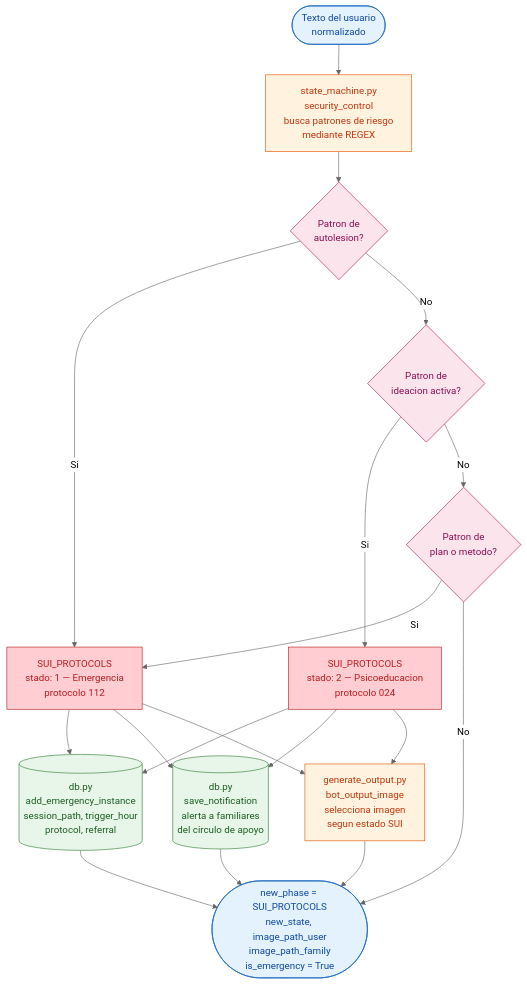
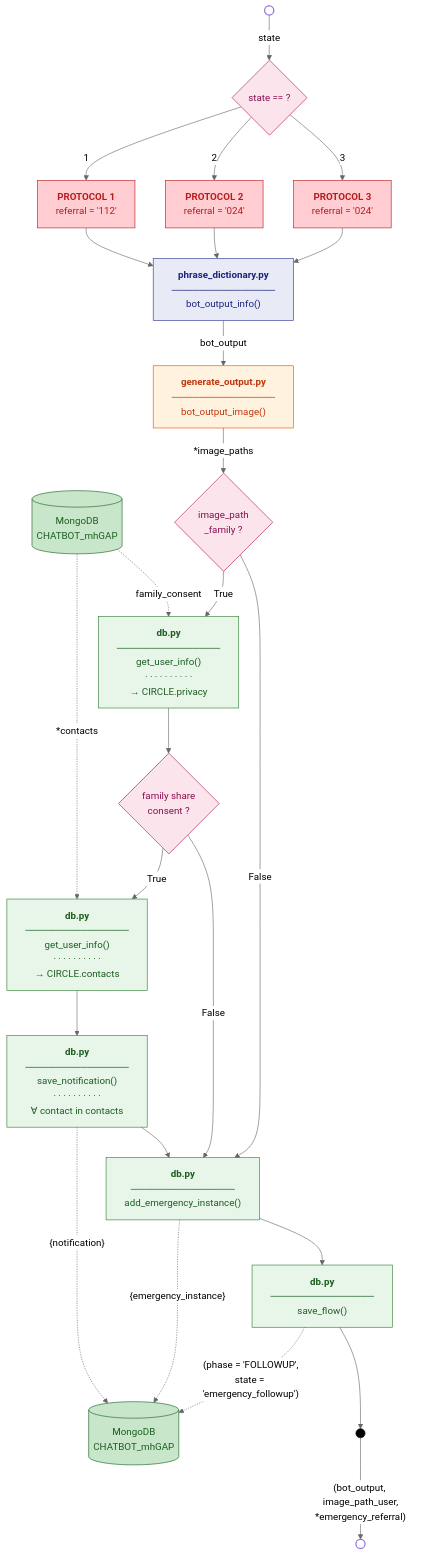
Before and after one commit to JordiiQueralto/AURORA_mhGAP-IG_v2.0: the seventh of 8 diagrams in diagrams/Z2_Backend_flow_diagram.md, drawn with Mermaid (neutral theme). The commit also changed other lines of this file and 2 other files, not shown here.

Commit message:
protocols diagrams

````diff
--- a/diagrams/Z2_Backend_flow_diagram.md
+++ b/diagrams/Z2_Backend_flow_diagram.md
@@ -418,37 +418,67 @@
 ```mermaid
 flowchart TD
-    IN(["Texto del usuario\nnormalizado"]):::entry
 
-    SEC["state_machine.py\nsecurity_control\nbusca patrones de riesgo\nmediante REGEX"]:::module
+    START(( )):::circle
+    FINISH(( )):::circle
+    MONGO[("MongoDB<br/>CHATBOT_mhGAP")]:::db
+    MONGO2[("MongoDB<br/>CHATBOT_mhGAP")]:::db
 
-    D_R1{Patron de\nautolesion?}:::decision
-    D_R2{Patron de\nideacion activa?}:::decision
-    D_R3{Patron de\nplan o metodo?}:::decision
+    SWITCH{state == ?}:::decision
 
-    SUI1["SUI_PROTOCOLS\nstado: 1 — Emergencia\nprotocolo 112"]:::emergency
-    SUI2["SUI_PROTOCOLS\nstado: 2 — Psicoeducacion\nprotocolo 024"]:::emergency
+    S1["<b>PROTOCOL 1</b><br/>referral = '112'"]:::emergency
+    S2["<b>PROTOCOL 2</b><br/>referral = '024'"]:::emergency
+    S3["<b>PROTOCOL 3</b><br/>referral = '024'"]:::emergency
 
-    DB_E[("db.py\nadd_emergency_instance\nsession_path, trigger_hour\nprotocol, referral")]:::db
-    DB_N[("db.py\nsave_notification\nalerta a familiares\ndel circulo de apoyo")]:::db
+    PD["<b>phrase_dictionary.py</b><br/>───────────────<br/>bot_output_info()"]:::phrase
 
-    IMG["generate_output.py\nbot_output_image\nselecciona imagen\nsegun estado SUI"]:::module
+    IMG["<b>generate_output.py</b><br/>───────────────<br/>bot_output_image()"]:::module
 
-    OUT(["new_phase = SUI_PROTOCOLS\nnew_state, image_path_user\nimage_path_family\nis_emergency = True"]):::entry
+    D_IMG{image_path<br/>_family ?}:::decision
 
-    IN --> SEC
-    SEC --> D_R1
-    D_R1 -->|Si| SUI1
-    D_R1 -->|No| D_R2
-    D_R2 -->|Si| SUI2
-    D_R2 -->|No| D_R3
-    D_R3 -->|Si| SUI1
-    D_R3 -->|No| OUT
+    CONSENT["<b>db.py</b><br/>───────────────<br/>get_user_info()<br/>· · · · · · · · · ·<br/>→ CIRCLE.privacy"]:::dbmod
 
-    SUI1 & SUI2 --> DB_E & DB_N & IMG --> OUT
+    D_CONS{family share<br/>consent ?}:::decision
 
-    classDef entry    fill:#e3f2fd,stroke:#1565c0,color:#0d47a1
-    classDef module   fill:#fff3e0,stroke:#e65100,color:#bf360c
-    classDef decision fill:#fce4ec,stroke:#ad1457,color:#880e4f
-    classDef db       fill:#e8f5e9,stroke:#2e7d32,color:#1b5e20
+    CONTACTS["<b>db.py</b><br/>───────────────<br/>get_user_info()<br/>· · · · · · · · · ·<br/>→ CIRCLE.contacts"]:::dbmod
+
+    NOTIF["<b>db.py</b><br/>───────────────<br/>save_notification()<br/>· · · · · · · · · ·<br/>∀ contact in contacts"]:::dbmod
+
+    EMG["<b>db.py</b><br/>───────────────<br/>add_emergency_instance()"]:::dbmod
+
+    FLOW["<b>db.py</b><br/>───────────────<br/>save_flow()"]:::dbmod
+
+    BOTTOM(( )):::junction
+
+    START -->|"state"| SWITCH
+    SWITCH -->|"3"| S3
+    SWITCH -->|"2"| S2
+    SWITCH -->|"1"| S1
+
+    S1 & S2 & S3 --> PD
+    PD -->|"bot_output"| IMG
+    IMG -->|"*image_paths"| D_IMG
+
+    D_IMG -->|False| EMG
+    D_IMG -->|True| CONSENT --> D_CONS
+    D_CONS -->|False| EMG
+    D_CONS -->|True| CONTACTS --> NOTIF --> EMG
+
+    EMG --> FLOW --> BOTTOM
+
+    MONGO2 -.->|"family_consent"| CONSENT
+    MONGO2 -.->|"*contacts"| CONTACTS
+    NOTIF -.->|"{notification}"| MONGO
+    EMG -.->|"{emergency_instance}"| MONGO
+    FLOW -.->|"(phase = 'FOLLOWUP',<br/>state = 'emergency_followup')"| MONGO
+
+    BOTTOM -->|"(bot_output, image_path_user,<br/>*emergency_referral)"| FINISH
+
+    classDef circle    fill:#ffffff,stroke:#9370db,stroke-width:2px,color:#ffffff
+    classDef junction  fill:#000000,stroke:#000000,color:#000000
+    classDef module    fill:#fff3e0,stroke:#e65100,color:#bf360c
+    classDef decision  fill:#fce4ec,stroke:#ad1457,color:#880e4f
+    classDef dbmod     fill:#e8f5e9,stroke:#2e7d32,color:#1b5e20
+    classDef db        fill:#c8e6c9,stroke:#1b5e20,color:#1b5e20
+    classDef phrase    fill:#e8eaf6,stroke:#283593,color:#1a237e
     classDef emergency fill:#ffcdd2,stroke:#b71c1c,color:#b71c1c
 ```
````
